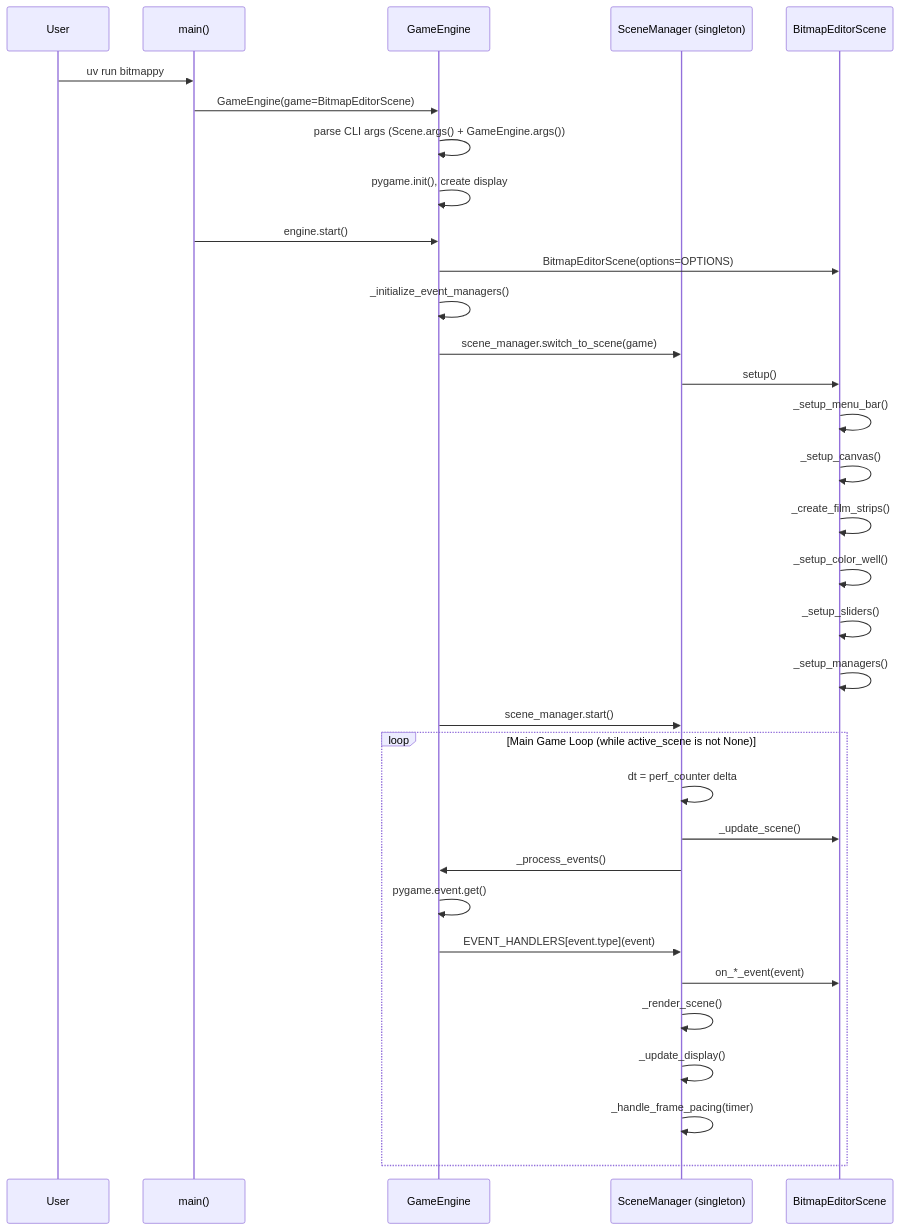
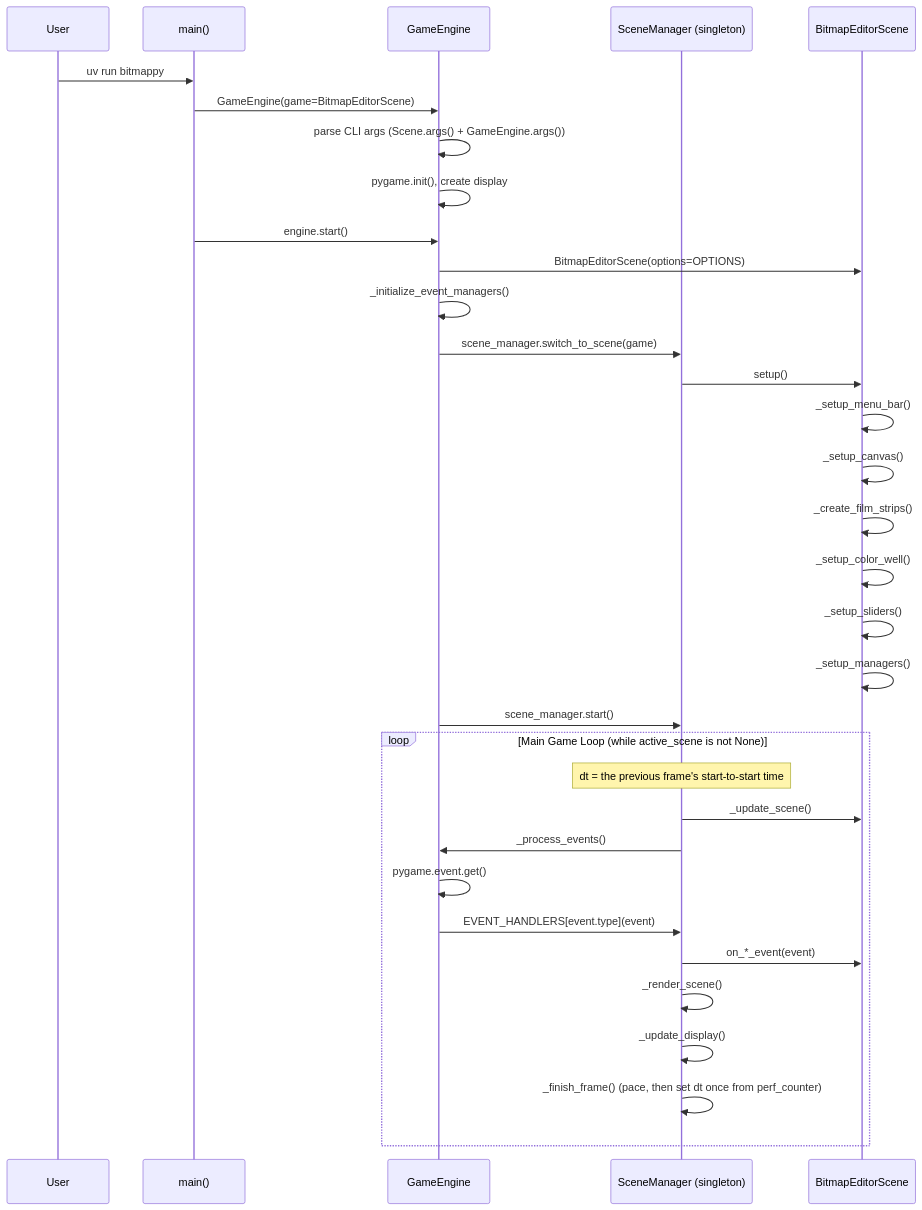
Before and after one commit to terrysimons/glitchygames: the first of 8 diagrams in BITMAPPY_ARCHITECTURE.md, drawn with Mermaid. The commit also changed 4 other files, not shown here.

First line of the commit message:
Keep _finish_frame the only per-frame writer of the manager's dt

````diff
--- a/BITMAPPY_ARCHITECTURE.md
+++ b/BITMAPPY_ARCHITECTURE.md
@@ -7,37 +7,37 @@
 ```mermaid
 sequenceDiagram
     participant User
     participant main as main()
     participant GE as GameEngine
     participant SM as SceneManager (singleton)
     participant BES as BitmapEditorScene
 
     User->>main: uv run bitmappy
     main->>GE: GameEngine(game=BitmapEditorScene)
     GE->>GE: parse CLI args (Scene.args() + GameEngine.args())
     GE->>GE: pygame.init(), create display
     main->>GE: engine.start()
     GE->>BES: BitmapEditorScene(options=OPTIONS)
     GE->>GE: _initialize_event_managers()
     GE->>SM: scene_manager.switch_to_scene(game)
     SM->>BES: setup()
     BES->>BES: _setup_menu_bar()
     BES->>BES: _setup_canvas()
     BES->>BES: _create_film_strips()
     BES->>BES: _setup_color_well()
     BES->>BES: _setup_sliders()
     BES->>BES: _setup_managers()
     GE->>SM: scene_manager.start()
 
     loop Main Game Loop (while active_scene is not None)
-        SM->>SM: dt = perf_counter delta
+        Note over SM: dt = the previous frame's start-to-start time
         SM->>BES: _update_scene()
         SM->>GE: _process_events()
         GE->>GE: pygame.event.get()
         GE->>SM: EVENT_HANDLERS[event.type](event)
         SM->>BES: on_*_event(event)
         SM->>SM: _render_scene()
         SM->>SM: _update_display()
-        SM->>SM: _handle_frame_pacing(timer)
+        SM->>SM: _finish_frame() (pace, then set dt once from perf_counter)
     end
 ```
````
